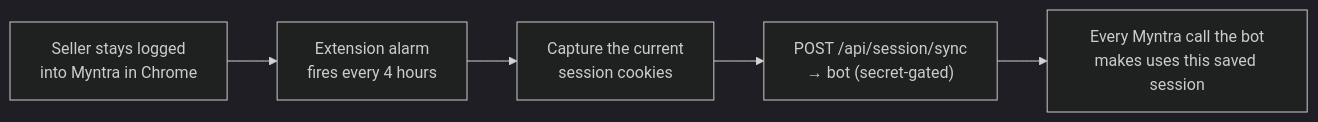
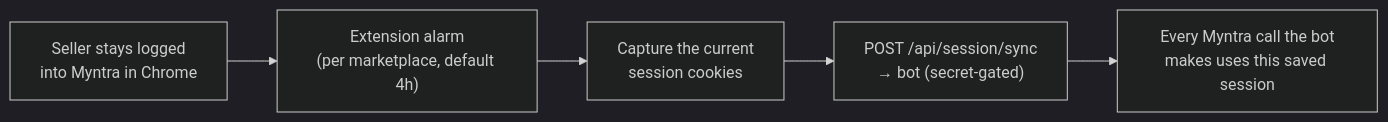
One commit to gauravjain231120/stock-manager changed the sixth of 6 diagrams in ARCHITECTURE.md. Above: the diagram before and after it, drawn with Mermaid (dark theme). The commit also changed other lines of this file, not shown here.

Commit message:
Docs: sync ARCHITECTURE.md (session keep-alive, extension 1.1)

````diff
--- a/ARCHITECTURE.md
+++ b/ARCHITECTURE.md
@@ -169,7 +169,7 @@
 ```mermaid
 flowchart LR
-  A["Seller stays logged<br/>into Myntra in Chrome"] --> B["Extension alarm<br/>fires every 4 hours"]
+  A["Seller stays logged<br/>into Myntra in Chrome"] --> B["Extension alarm<br/>(per marketplace, default 4h)"]
   B --> C["Capture the current<br/>session cookies"]
   C --> D["POST /api/session/sync<br/>&rarr; bot (secret-gated)"]
   D --> E["Every Myntra call the bot<br/>makes uses this saved session"]
 ```
````
